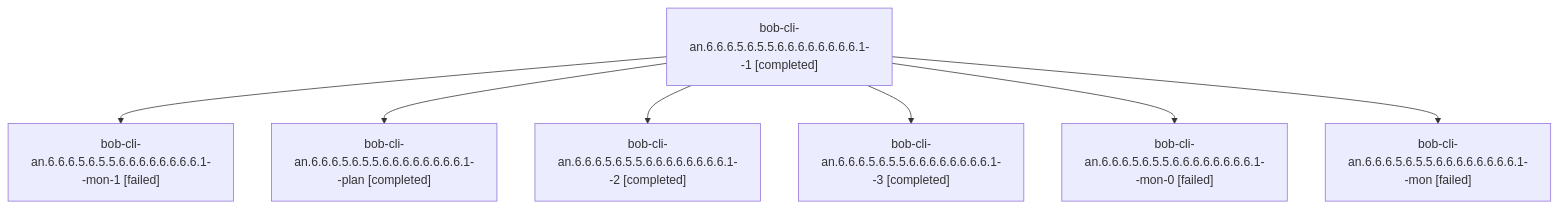
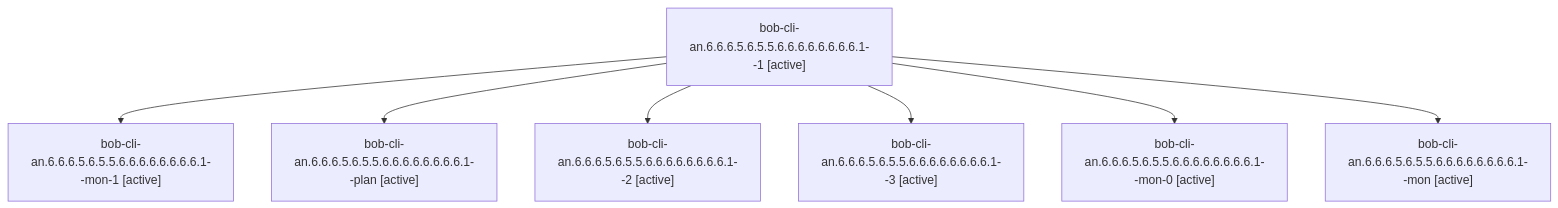
Before and after one commit to bobs-org/bob-cli--agents: the diagram in sessions/bbugyi200.athena.bob-cli-an.6.6.6.5.6.5.5.6.6.6.6.6.6.6.6.1.md, drawn with Mermaid. The commit also changed other lines of this file and 653 other files, not shown here.

````diff
--- a/sessions/bbugyi200.athena.bob-cli-an.6.6.6.5.6.5.5.6.6.6.6.6.6.6.6.1.md
+++ b/sessions/bbugyi200.athena.bob-cli-an.6.6.6.5.6.5.5.6.6.6.6.6.6.6.6.1.md
@@ -9,16 +9,16 @@
 ```mermaid
 flowchart TD
-  n0["bob-cli-an.6.6.6.5.6.5.5.6.6.6.6.6.6.6.6.1--1 [completed]"]
-  n1["bob-cli-an.6.6.6.5.6.5.5.6.6.6.6.6.6.6.6.1--mon-1 [failed]"]
+  n0["bob-cli-an.6.6.6.5.6.5.5.6.6.6.6.6.6.6.6.1--1 [active]"]
+  n1["bob-cli-an.6.6.6.5.6.5.5.6.6.6.6.6.6.6.6.1--mon-1 [active]"]
   n0 --> n1
-  n2["bob-cli-an.6.6.6.5.6.5.5.6.6.6.6.6.6.6.6.1--plan [completed]"]
+  n2["bob-cli-an.6.6.6.5.6.5.5.6.6.6.6.6.6.6.6.1--plan [active]"]
   n0 --> n2
-  n3["bob-cli-an.6.6.6.5.6.5.5.6.6.6.6.6.6.6.6.1--2 [completed]"]
+  n3["bob-cli-an.6.6.6.5.6.5.5.6.6.6.6.6.6.6.6.1--2 [active]"]
   n0 --> n3
-  n4["bob-cli-an.6.6.6.5.6.5.5.6.6.6.6.6.6.6.6.1--3 [completed]"]
+  n4["bob-cli-an.6.6.6.5.6.5.5.6.6.6.6.6.6.6.6.1--3 [active]"]
   n0 --> n4
-  n5["bob-cli-an.6.6.6.5.6.5.5.6.6.6.6.6.6.6.6.1--mon-0 [failed]"]
+  n5["bob-cli-an.6.6.6.5.6.5.5.6.6.6.6.6.6.6.6.1--mon-0 [active]"]
   n0 --> n5
-  n6["bob-cli-an.6.6.6.5.6.5.5.6.6.6.6.6.6.6.6.1--mon [failed]"]
+  n6["bob-cli-an.6.6.6.5.6.5.5.6.6.6.6.6.6.6.6.1--mon [active]"]
   n0 --> n6
 ```
````
